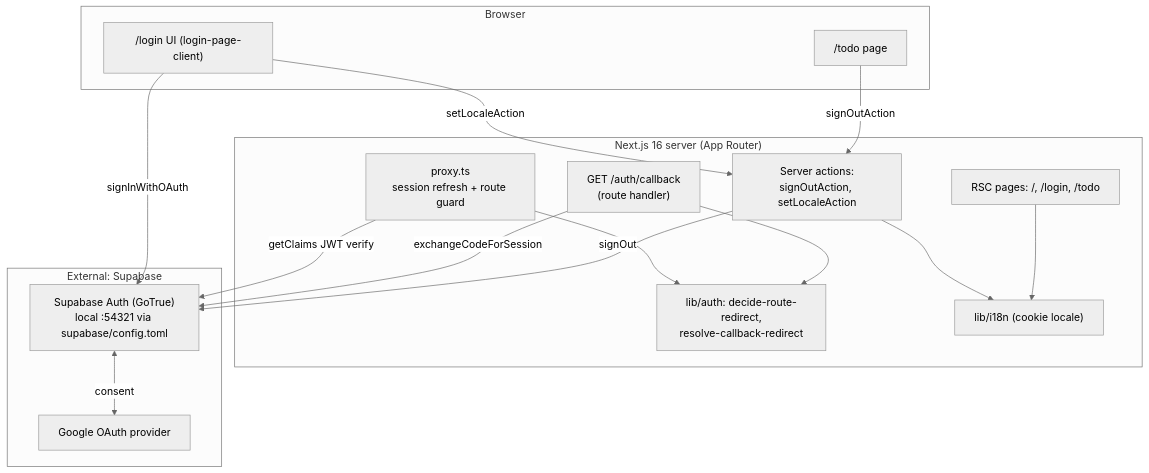
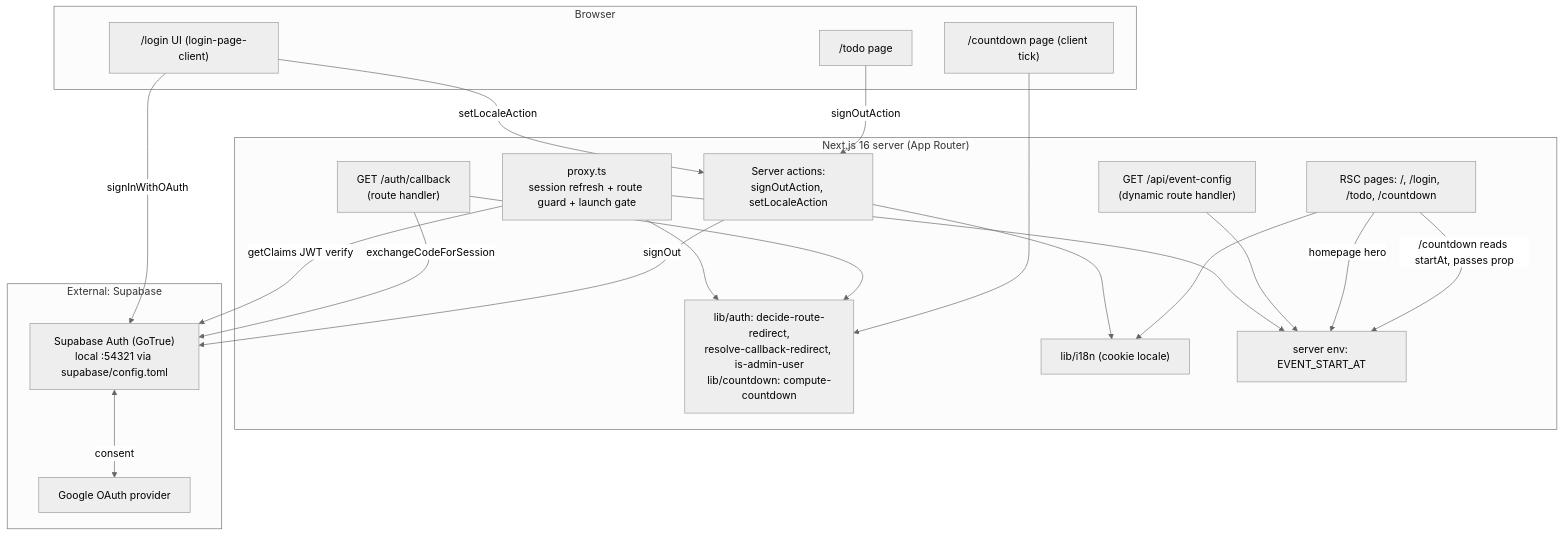
The first of 4 diagrams in docs/system/architecture.md (vankt-2781/mock-aidd-kudo-app), drawn with Mermaid (neutral theme) before and after one commit. The commit also changed other lines of this file and 12 other files, not shown here.

````diff
--- a/docs/system/architecture.md
+++ b/docs/system/architecture.md
@@ -7,30 +14,38 @@
 ```mermaid
 graph TB
     subgraph "Browser"
         LP["/login UI (login-page-client)"]
         TD["/todo page"]
+        CD["/countdown page (client tick)"]
     end
     subgraph "Next.js 16 server (App Router)"
-        PX["proxy.ts<br/>session refresh + route guard"]
-        PG["RSC pages: /, /login, /todo"]
+        PX["proxy.ts<br/>session refresh + route guard + launch gate"]
+        PG["RSC pages: /, /login, /todo, /countdown"]
         CB["GET /auth/callback<br/>(route handler)"]
+        EC["GET /api/event-config<br/>(dynamic route handler)"]
         SA["Server actions:<br/>signOutAction, setLocaleAction"]
-        LIB["lib/auth: decide-route-redirect,<br/>resolve-callback-redirect"]
+        LIB["lib/auth: decide-route-redirect,<br/>resolve-callback-redirect, is-admin-user<br/>lib/countdown: compute-countdown"]
         I18N["lib/i18n (cookie locale)"]
+        ENV["server env: EVENT_START_AT"]
     end
     subgraph "External: Supabase"
         SB["Supabase Auth (GoTrue)<br/>local :54321 via supabase/config.toml"]
         GG["Google OAuth provider"]
     end
     LP -->|signInWithOAuth| SB
     SB <-->|consent| GG
     PX --> LIB
     PX -->|getClaims JWT verify| SB
+    PX --> ENV
     CB -->|exchangeCodeForSession| SB
     CB --> LIB
+    EC --> ENV
+    PG -->|homepage hero| ENV
+    PG -->|/countdown reads startAt, passes prop| ENV
+    CD --> LIB
     SA -->|signOut| SB
     SA --> I18N
     PG --> I18N
     LP -->|setLocaleAction| SA
     TD -->|signOutAction| SA
 ```
````
